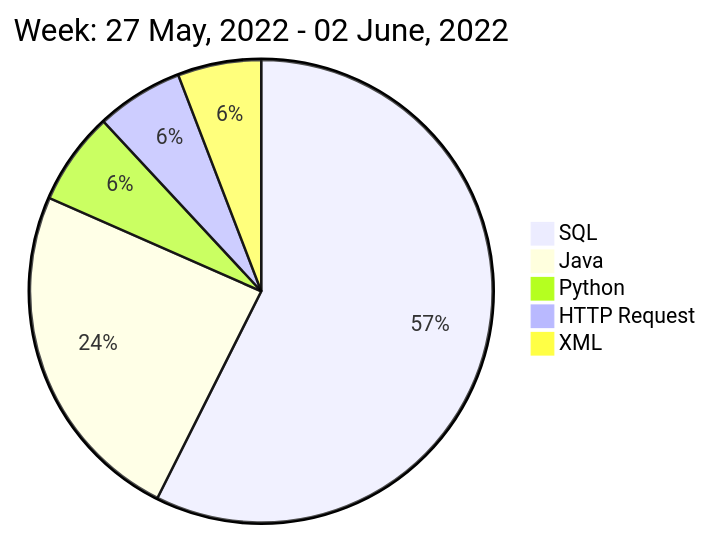
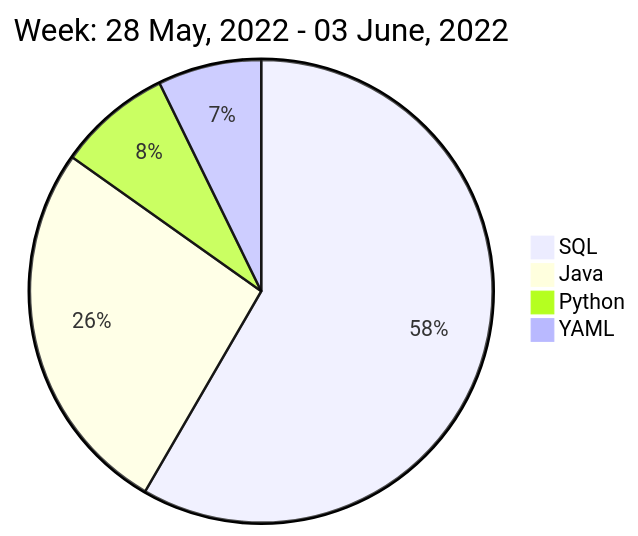
One commit to liubin95/liubin95 changed the diagram in README.md. Above: the diagram before and after it, drawn with Mermaid.

Commit message:
Updated the Graph with new Metrics

````diff
--- a/README.md
+++ b/README.md
@@ -40,9 +40,8 @@
 ```mermaid
  pie
-title Week: 27 May, 2022 - 02 June, 2022
- "SQL" : 11.32
- "Java" : 4.77
- "Python" : 1.28
- "HTTP Request" : 1.2
- "XML" : 1.15
+title Week: 28 May, 2022 - 03 June, 2022
+ "SQL" : 8.23
+ "Java" : 3.73
+ "Python" : 1.12
+ "YAML" : 1.02
 ```
````
